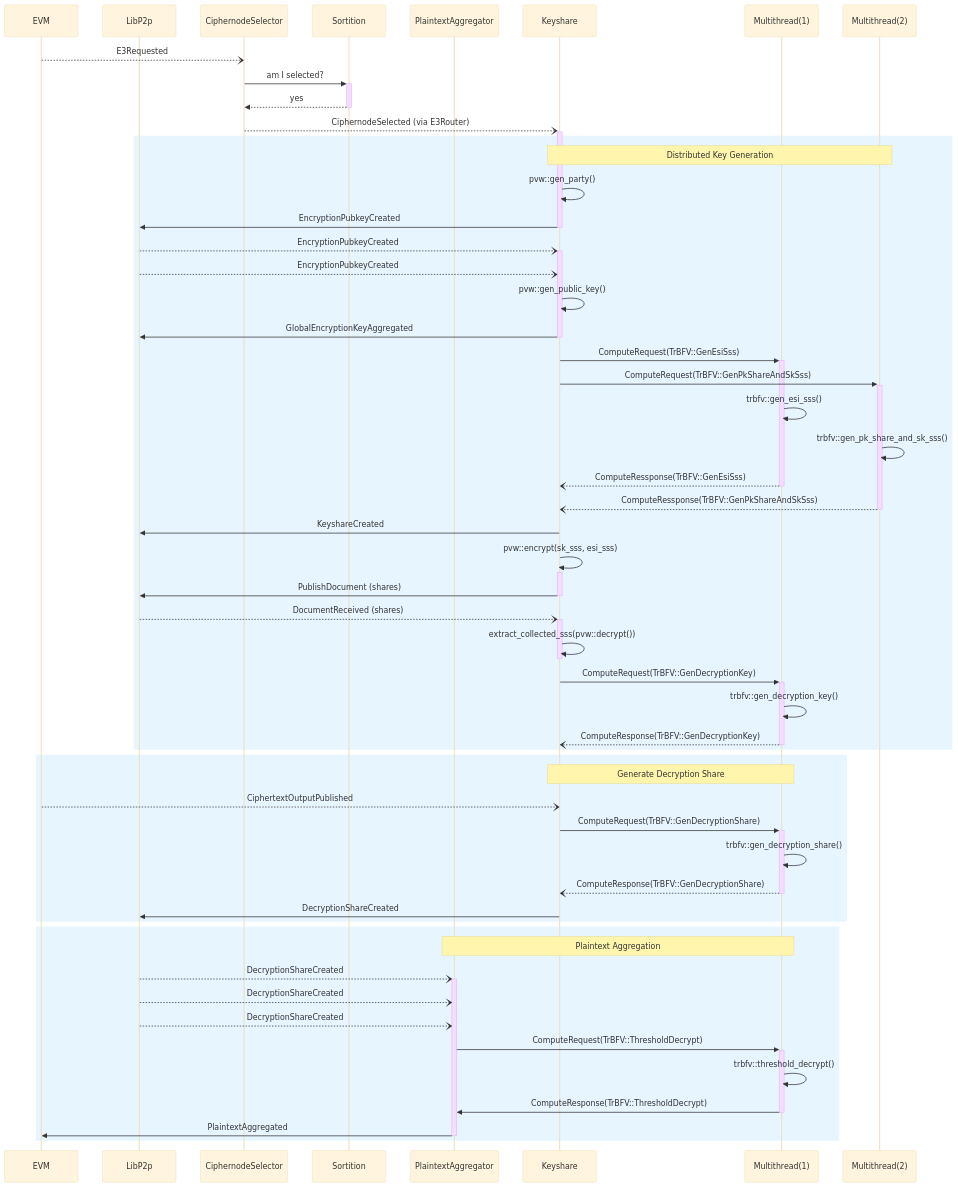
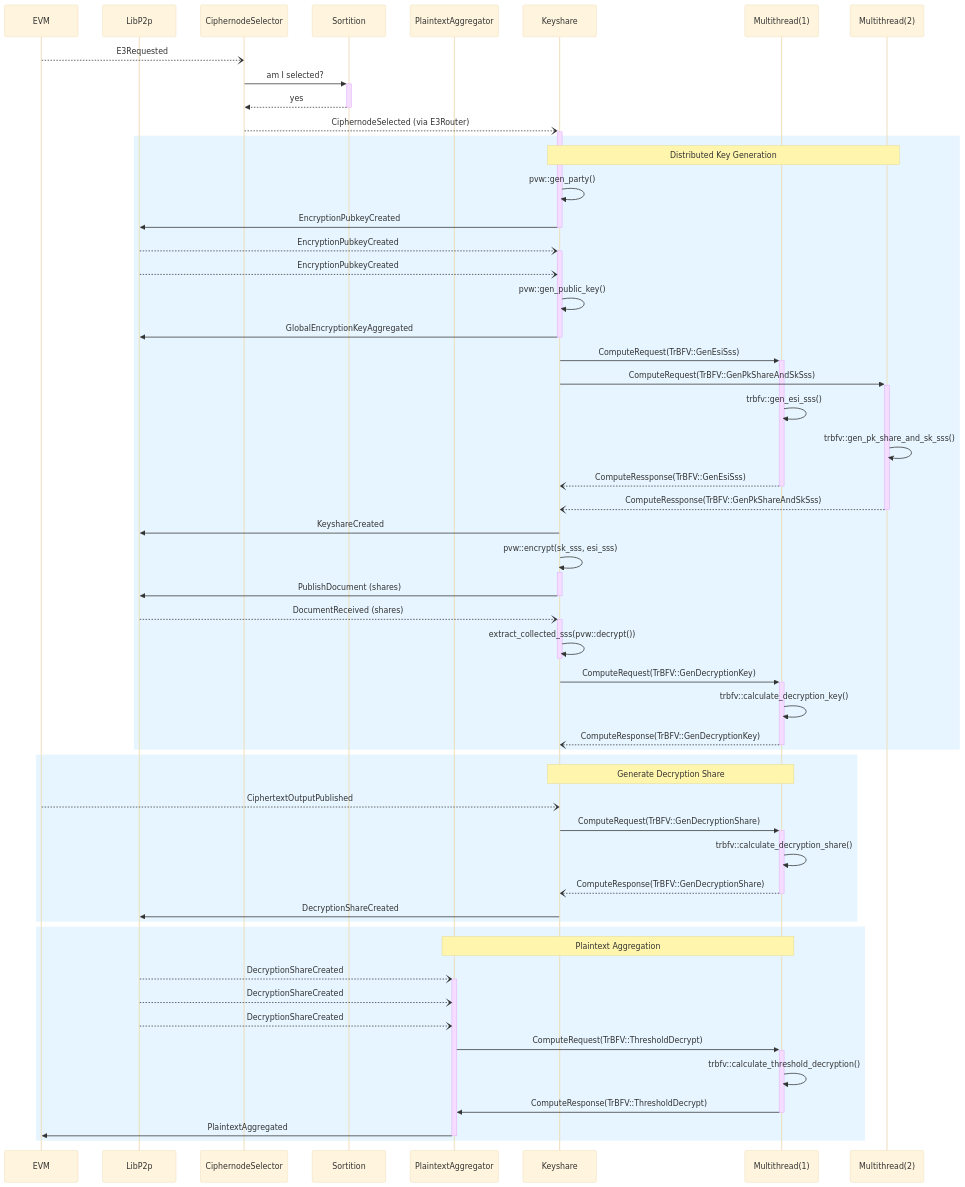
The diagram in crates/events/trbfv_actor_seq.mmd (gnosisguild/enclave), drawn with Mermaid (base theme) before and after one commit. The commit also changed 9 other files, not shown here.

```diff
--- a/crates/events/trbfv_actor_seq.mmd
+++ b/crates/events/trbfv_actor_seq.mmd
@@ -1,61 +1,61 @@
 sequenceDiagram
   participant E as EVM
   participant L as LibP2p
   participant CS as CiphernodeSelector
   participant S as Sortition
   participant P as PlaintextAggregator
   participant K as Keyshare
   participant M as Multithread(1)
   participant M2 as Multithread(2)
 
 
   E --) CS: E3Requested
   CS ->>+ S: am I selected?
   S -->>- CS: yes
   CS --)+ K: CiphernodeSelected (via E3Router)
 
   rect rgb(230, 245, 255)
     Note over K,M2: Distributed Key Generation 
     K ->> K: pvw::gen_party()
     K ->>- L: EncryptionPubkeyCreated
     L --)+ K: EncryptionPubkeyCreated
     L --) K: EncryptionPubkeyCreated
     K ->> K: pvw::gen_public_key()
     K ->>- L: GlobalEncryptionKeyAggregated
     K ->>+ M: ComputeRequest(TrBFV::GenEsiSss)
     K ->>+ M2: ComputeRequest(TrBFV::GenPkShareAndSkSss)
     M ->> M: trbfv::gen_esi_sss()
     M2 ->> M2: trbfv::gen_pk_share_and_sk_sss()
     M --)- K: ComputeRessponse(TrBFV::GenEsiSss)
     M2 --)- K: ComputeRessponse(TrBFV::GenPkShareAndSkSss)
     K ->> L: KeyshareCreated
     K ->>+ K: pvw::encrypt(sk_sss, esi_sss)
     K ->>- L: PublishDocument (shares)
     L --)+ K: DocumentReceived (shares)
     K ->>- K: extract_collected_sss(pvw::decrypt())
     K ->>+ M: ComputeRequest(TrBFV::GenDecryptionKey)
-    M ->> M: trbfv::gen_decryption_key()
+    M ->> M: trbfv::calculate_decryption_key()
     M --)- K: ComputeResponse(TrBFV::GenDecryptionKey)
   end
 
   rect rgb(230, 245, 255)
     Note over K,M: Generate Decryption Share
     E --) K: CiphertextOutputPublished
     K ->>+ M: ComputeRequest(TrBFV::GenDecryptionShare)
-    M ->> M: trbfv::gen_decryption_share()
+    M ->> M: trbfv::calculate_decryption_share()
     M --)- K: ComputeResponse(TrBFV::GenDecryptionShare)
     K ->> L: DecryptionShareCreated
   end
 
   rect rgb(230, 245, 255)
     Note over P,M: Plaintext Aggregation
     L --)+ P: DecryptionShareCreated
     L --) P: DecryptionShareCreated
     L --) P: DecryptionShareCreated
     P ->>+ M: ComputeRequest(TrBFV::ThresholdDecrypt)
-    M ->> M: trbfv::threshold_decrypt()
+    M ->> M: trbfv::calculate_threshold_decryption()
     M ->>- P: ComputeResponse(TrBFV::ThresholdDecrypt)
     P ->>- E: PlaintextAggregated
   end
 
   autonumber
```
